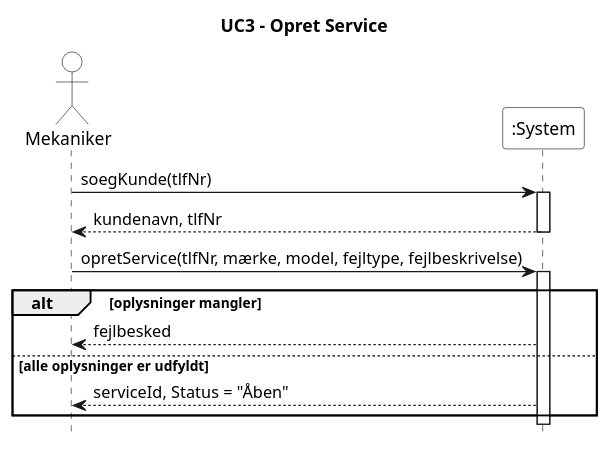
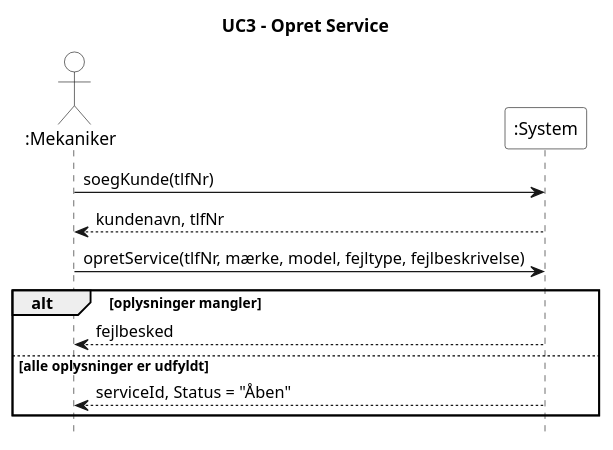
The diagram in 4. System Sekvens Diagram/UC3_opret_service.puml (Zoabz/Getting-Real), drawn with PlantUML before and after one commit. The commit also changed 8 other files, not shown here.

```diff
--- a/4. System Sekvens Diagram/UC3_opret_service.puml
+++ b/4. System Sekvens Diagram/UC3_opret_service.puml
@@ -1,29 +1,29 @@
 @startuml
 title UC3 - Opret Service
 hide footbox
 skinparam monochrome true
 skinparam shadowing false
 skinparam backgroundColor white
 skinparam actor {
   BackgroundColor white
 }
 skinparam participant {
   BackgroundColor white
 }
 
-actor Mekaniker
+actor ":Mekaniker"
 participant ":System" as System
 
-Mekaniker -> System : soegKunde(tlfNr)
-activate System
-System --> Mekaniker : kundenavn, tlfNr
-deactivate System
-Mekaniker -> System : opretService(tlfNr, mærke, model, fejltype, fejlbeskrivelse)
-activate System
+":Mekaniker" -> System : soegKunde(tlfNr)
+
+System --> ":Mekaniker" : kundenavn, tlfNr
+
+":Mekaniker" -> System : opretService(tlfNr, mærke, model, fejltype, fejlbeskrivelse)
+
 alt oplysninger mangler
-  System --> Mekaniker : fejlbesked
+  System --> ":Mekaniker" : fejlbesked
 else alle oplysninger er udfyldt
-  System --> Mekaniker : serviceId, Status = "Åben"
+  System --> ":Mekaniker" : serviceId, Status = "Åben"
 end
-deactivate System
+
 @enduml
```
